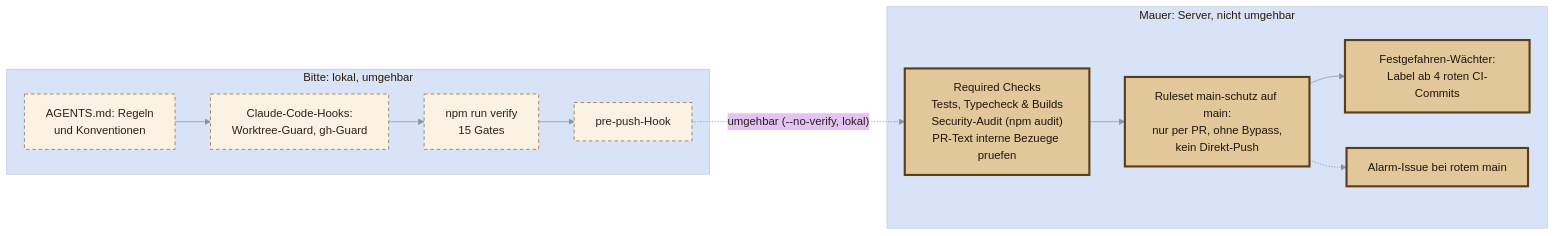
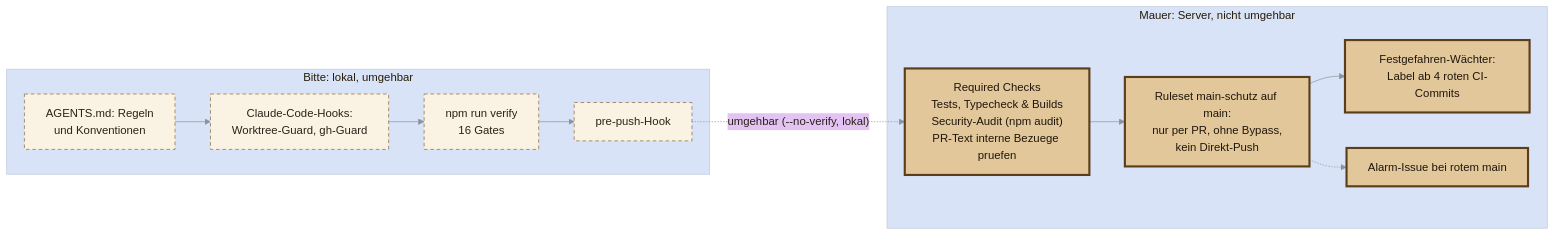
One commit to fluffels/kubernia changed the third of 3 diagrams in docs/agent-harness.md. Above: the diagram before and after it, drawn with Mermaid. The commit also changed other lines of this file and 18 other files, not shown here.

````diff
--- a/docs/agent-harness.md
+++ b/docs/agent-harness.md
@@ -488,36 +496,36 @@
 ```mermaid
 ---
 config:
   theme: base
   look: classic
   layout: dagre
   themeVariables:
     lineColor: "#8b949e"
     primaryColor: "#f3e3c3"
     primaryTextColor: "#2b2118"
     primaryBorderColor: "#8a6a3f"
 ---
 flowchart LR
   subgraph bitte["Bitte: lokal, umgehbar"]
     regeln["AGENTS.md: Regeln<br/>und Konventionen"]
     hooks["Claude-Code-Hooks:<br/>Worktree-Guard, gh-Guard"]
-    verify["npm run verify<br/>15 Gates"]
+    verify["npm run verify<br/>16 Gates"]
     prepush["pre-push-Hook"]
   end
   subgraph mauer["Mauer: Server, nicht umgehbar"]
     checks["Required Checks<br/>Tests, Typecheck & Builds<br/>Security-Audit (npm audit)<br/>PR-Text interne Bezuege pruefen"]
     ruleset["Ruleset main-schutz auf main:<br/>nur per PR, ohne Bypass,<br/>kein Direkt-Push"]
     wachter["Festgefahren-Wächter:<br/>Label ab 4 roten CI-Commits"]
     alarm["Alarm-Issue bei rotem main"]
   end
   regeln --> hooks --> verify --> prepush
   prepush -. "umgehbar (--no-verify, lokal)" .-> checks
   checks --> ruleset
   ruleset --> wachter
   ruleset -.-> alarm
 
   classDef bittecls fill:#faf3e3,stroke:#8a6a3f,color:#2b2118,stroke-dasharray:5 4
   classDef mauercls fill:#e2c79a,stroke:#5c3d1a,color:#1f160d,stroke-width:3px
   class regeln,hooks,verify,prepush bittecls
   class checks,ruleset,wachter,alarm mauercls
 ```
````
